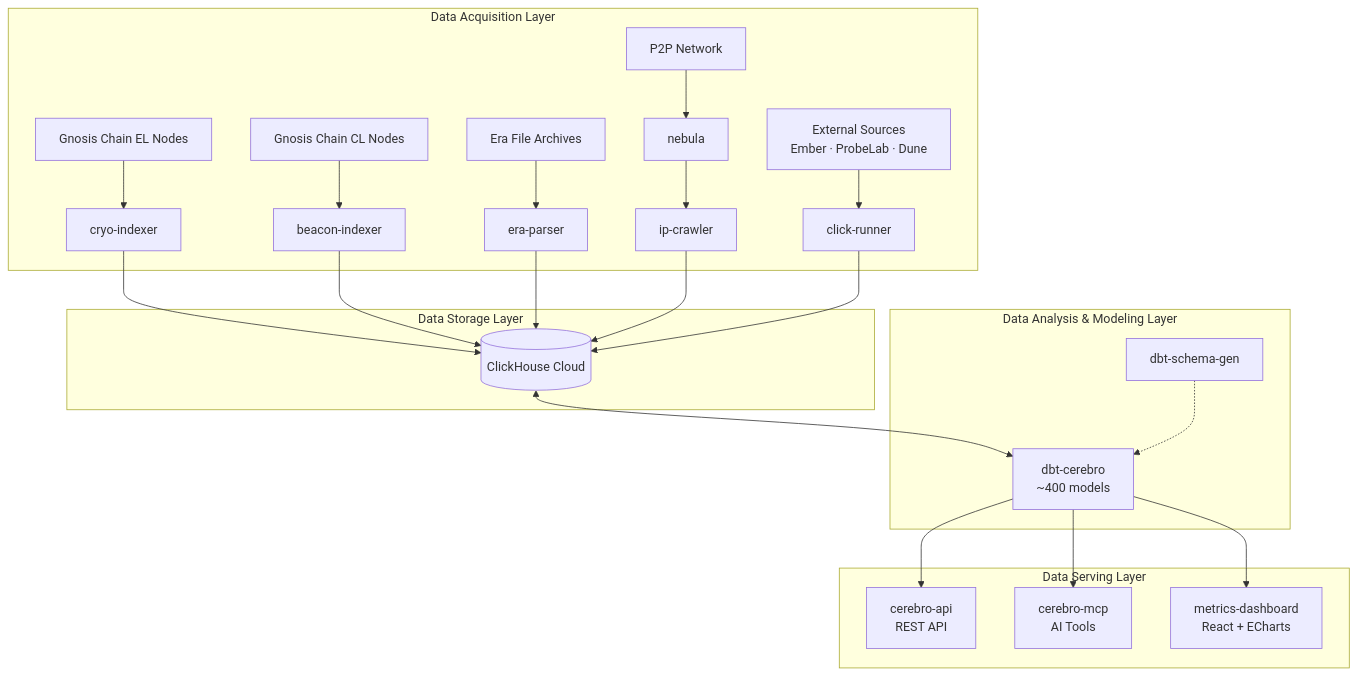
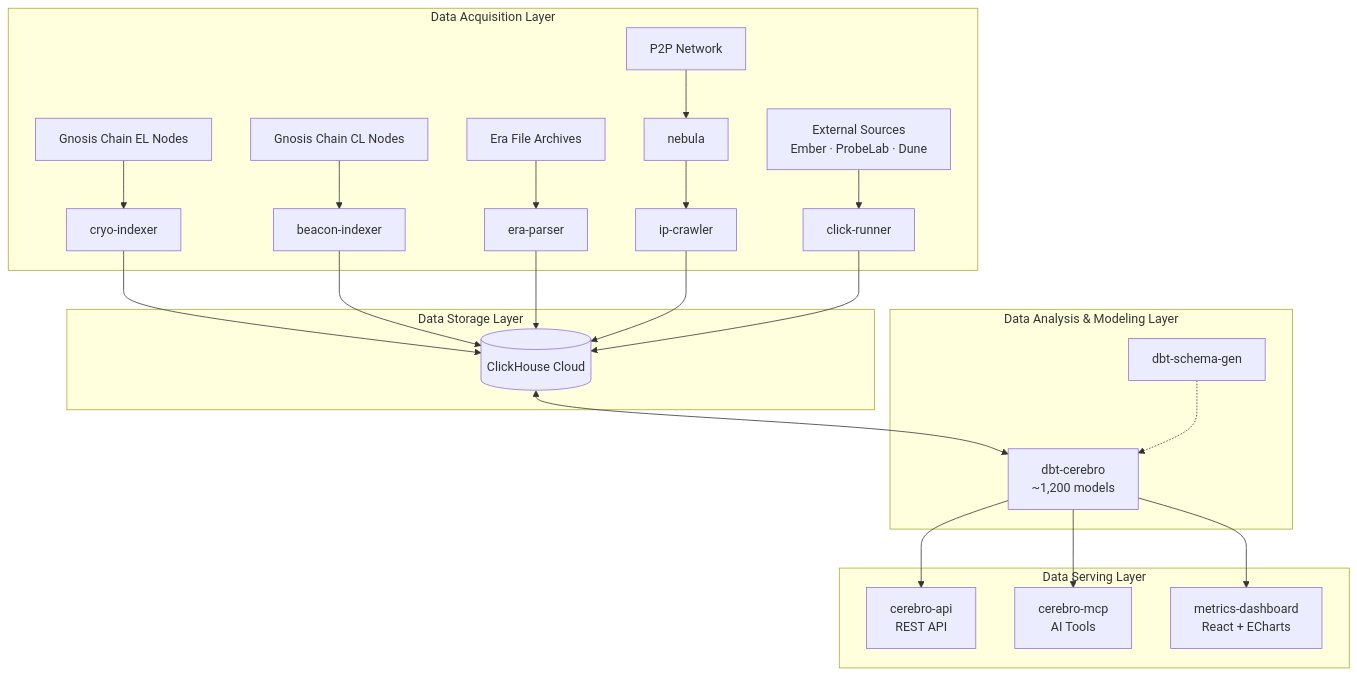
One commit to gnosischain/cerebro-docs changed the diagram in docs/getting-started/architecture.md. Above: the diagram before and after it, drawn with Mermaid. The commit also changed other lines of this file and 85 other files, not shown here.

````diff
--- a/docs/getting-started/architecture.md
+++ b/docs/getting-started/architecture.md
@@ -12,33 +12,33 @@
 ```mermaid
 flowchart TD
     subgraph L1["Data Acquisition Layer"]
         EL[Gnosis Chain EL Nodes] --> CRYO[cryo-indexer]
         CL[Gnosis Chain CL Nodes] --> BI[beacon-indexer]
         ERA_SRC[Era File Archives] --> ERA[era-parser]
         P2P_NET[P2P Network] --> NEB[nebula]
         EXT["External Sources\nEmber · ProbeLab · Dune"] --> CR[click-runner]
         NEB --> IPC[ip-crawler]
     end
     subgraph L2["Data Storage Layer"]
         CH[(ClickHouse Cloud)]
     end
     subgraph L3["Data Analysis & Modeling Layer"]
-        DBT["dbt-cerebro\n~400 models"]
+        DBT["dbt-cerebro\n~1,200 models"]
         DSG[dbt-schema-gen]
     end
     subgraph L4["Data Serving Layer"]
         API["cerebro-api\nREST API"]
         MCP["cerebro-mcp\nAI Tools"]
         DASH["metrics-dashboard\nReact + ECharts"]
     end
     CRYO --> CH
     BI --> CH
     ERA --> CH
     IPC --> CH
     CR --> CH
     CH <--> DBT
     DSG -.-> DBT
     DBT --> API
     DBT --> MCP
     DBT --> DASH
 ```
````
